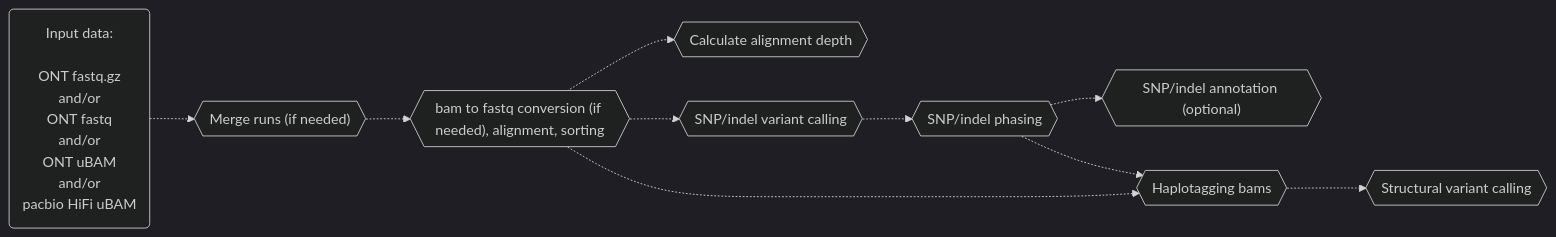
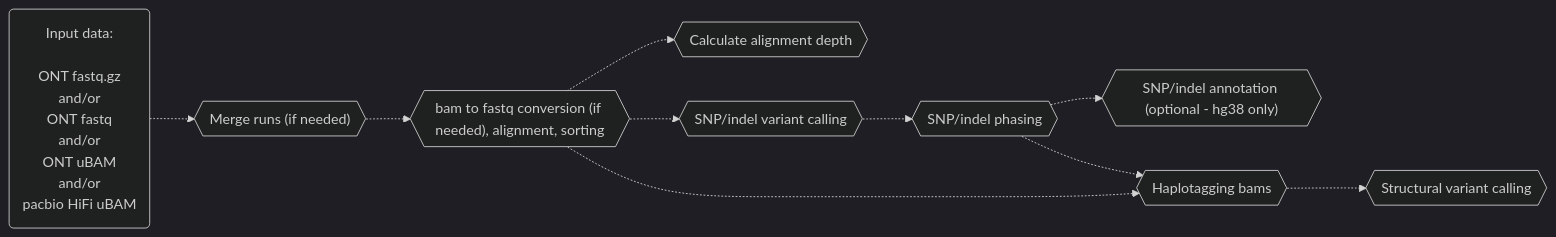
The first of 2 diagrams in README.md (leahkemp/pipeface), drawn with Mermaid before and after one commit. The commit also changed other lines of this file, not shown here.

Commit message:
specify annnotation is only for hg38 and fix mermaid plots

````diff
--- a/README.md
+++ b/README.md
@@ -16,20 +16,20 @@
 ```mermaid
 %%{init: {'theme':'dark'}}%%
 flowchart LR
 
 input_data("Input data: <br><br> ONT fastq.gz <br> and/or <br> ONT fastq <br> and/or <br> ONT uBAM <br> and/or <br> pacbio HiFi uBAM")
 merging{{"Merge runs (if needed)"}}
 alignment{{"bam to fastq conversion (if needed), alignment, sorting"}}
 depth{{"Calculate alignment depth"}}
 snp_indel_calling{{"SNP/indel variant calling"}}
 snp_indel_phasing{{"SNP/indel phasing"}}
-snp_indel_annotation{{"SNP/indel annotation (optional)"}}
+snp_indel_annotation{{"SNP/indel annotation (optional - hg38 only)"}}
 haplotagging{{"Haplotagging bams"}}
 sv_calling{{"Structural variant calling"}}
 
 input_data-.->merging-.->alignment-.->snp_indel_calling-.->snp_indel_phasing-.->haplotagging-.->sv_calling
 alignment-.->depth
 alignment-.->haplotagging
 snp_indel_phasing-.->snp_indel_annotation
 
 ```
````
